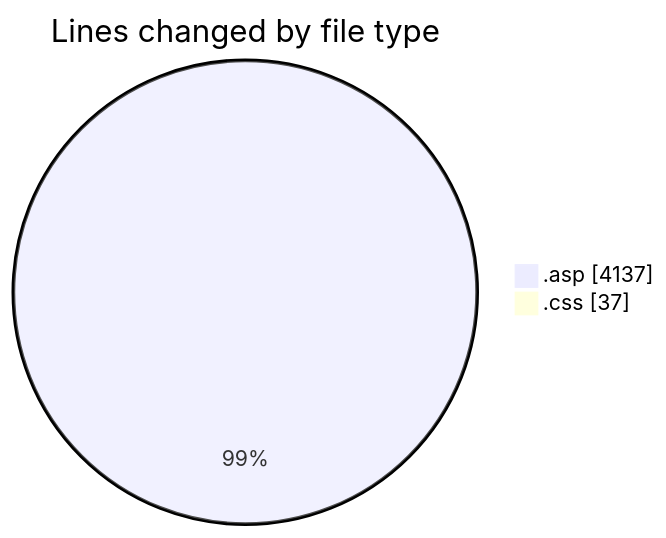
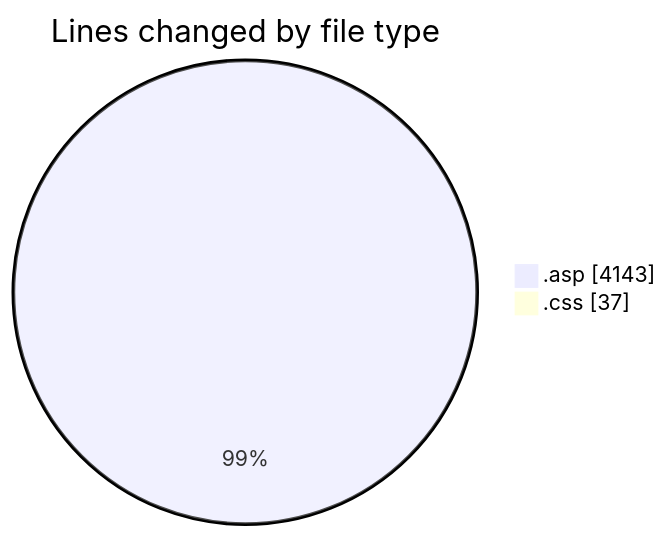
One commit to julien-gomy/code-tracking changed the first of 2 diagrams in 2025-11-02/cdp_aleoudev_fr__workspace_/README.md. Above: the diagram before and after it, drawn with Mermaid. The commit also changed other lines of this file and 1 other file, not shown here.

````diff
--- a/2025-11-02/cdp_aleoudev_fr__workspace_/README.md
+++ b/2025-11-02/cdp_aleoudev_fr__workspace_/README.md
@@ -24,6 +24,6 @@
 ```mermaid
 pie showData
 title Lines changed by file type
-".asp" : 4137
+".asp" : 4143
 ".css" : 37
 ```
````
